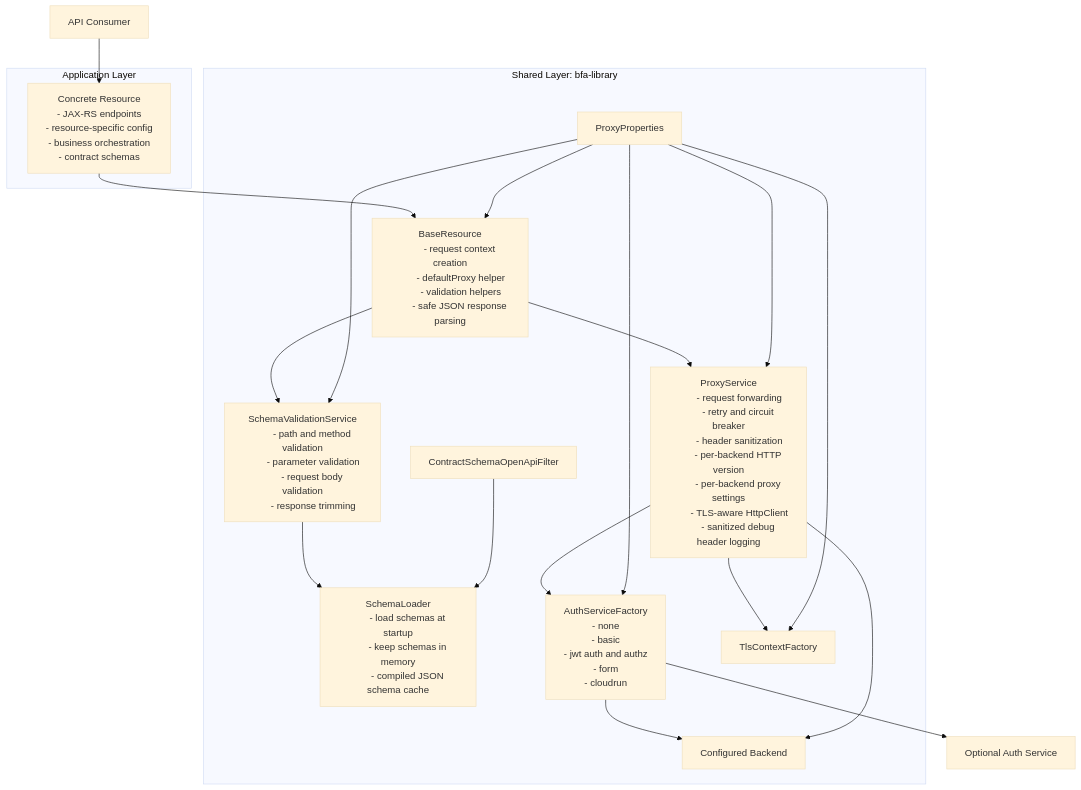
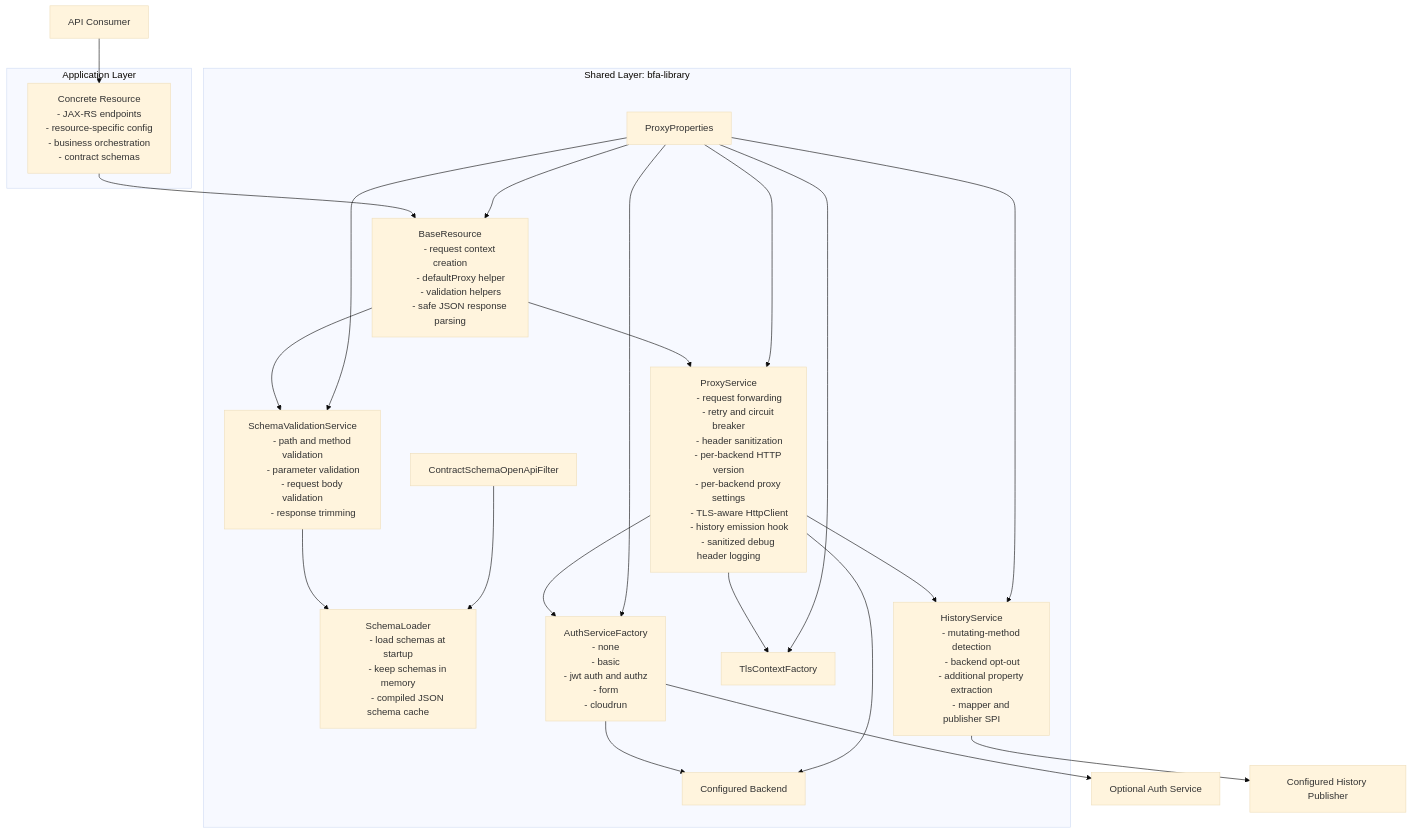
One commit to cipianpascu/fixture changed the diagram in library/README.md. Above: the diagram before and after it, drawn with Mermaid (base theme). The commit also changed other lines of this file and 20 other files, not shown here.

````diff
--- a/library/README.md
+++ b/library/README.md
@@ -56,6 +57,7 @@
         - per-backend HTTP version
         - per-backend proxy settings
         - TLS-aware HttpClient
+        - history emission hook
         - sanitized debug header logging]
 
         G[AuthServiceFactory
@@ -74,6 +76,11 @@
         H[TlsContextFactory]
         I[ContractSchemaOpenApiFilter]
         J[ProxyProperties]
+        M[HistoryService
+        - mutating-method detection
+        - backend opt-out
+        - additional property extraction
+        - mapper and publisher SPI]
     end
 
     B --> C
@@ -82,6 +89,7 @@
     D --> E
     F --> G
     F --> H
+    F --> M
     G --> K
     I --> E
     J --> C
@@ -89,7 +97,9 @@
     J --> F
     J --> G
     J --> H
+    J --> M
 
     F --> K[Configured Backend]
     G --> L[Optional Auth Service]
+    M --> N[Configured History Publisher]
 ```
````
